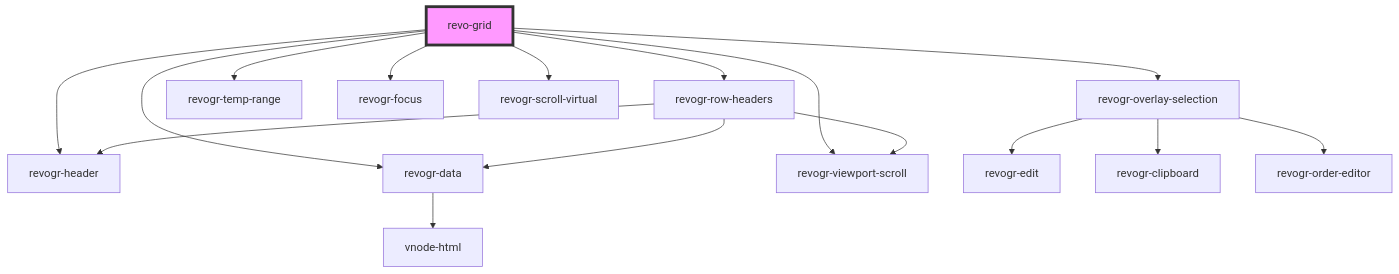
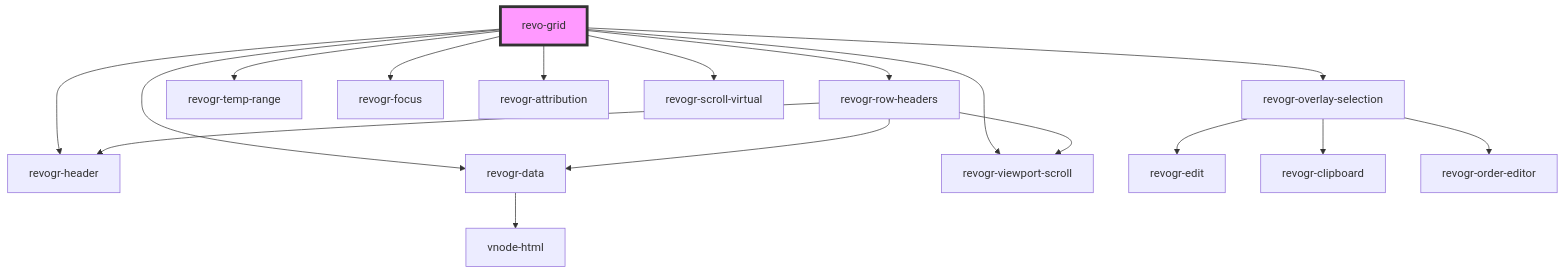
Before and after one commit to revolist/revogrid-docs: the diagram in guide/api/revoGrid.md, drawn with Mermaid. The commit also changed other lines of this file and 7 other files, not shown here.

````diff
--- a/guide/api/revoGrid.md
+++ b/guide/api/revoGrid.md
@@ -451,19 +453,20 @@
 ```mermaid
 graph TD;
   revo-grid --> revogr-row-headers
   revo-grid --> revogr-header
   revo-grid --> revogr-overlay-selection
   revo-grid --> revogr-data
   revo-grid --> revogr-temp-range
   revo-grid --> revogr-focus
   revo-grid --> revogr-viewport-scroll
+  revo-grid --> revogr-attribution
   revo-grid --> revogr-scroll-virtual
   revogr-row-headers --> revogr-data
   revogr-row-headers --> revogr-viewport-scroll
   revogr-row-headers --> revogr-header
   revogr-data --> vnode-html
   revogr-overlay-selection --> revogr-edit
   revogr-overlay-selection --> revogr-clipboard
   revogr-overlay-selection --> revogr-order-editor
   style revo-grid fill:#f9f,stroke:#333,stroke-width:4px
 ```
````
